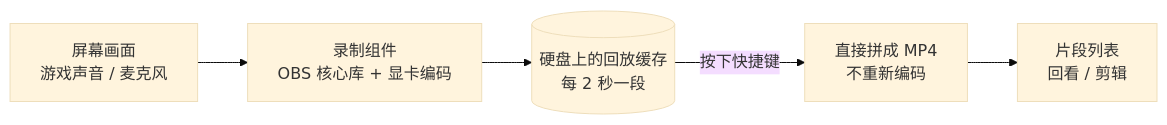
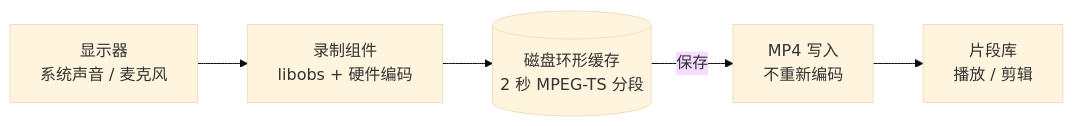
One commit to Lunafreya123/ReplayClipper changed the diagram in README.md. Above: the diagram before and after it, drawn with Mermaid (base theme). The commit also changed other lines of this file and 1 other file, not shown here.

````diff
--- a/README.md
+++ b/README.md
@@ -103,7 +106,7 @@
 ```mermaid
 flowchart LR
-    A["屏幕画面<br>游戏声音 / 麦克风"] --> B["录制组件<br>OBS 核心库 + 显卡编码"]
-    B --> C[("硬盘上的回放缓存<br>每 2 秒一段")]
-    C -- "按下快捷键" --> D["直接拼成 MP4<br>不重新编码"]
-    D --> E["片段列表<br>回看 / 剪辑"]
+    A["显示器<br>系统声音 / 麦克风"] --> B["录制组件<br>libobs + 硬件编码"]
+    B --> C[("磁盘环形缓存<br>2 秒 MPEG-TS 分段")]
+    C -- "保存" --> D["MP4 写入<br>不重新编码"]
+    D --> E["片段库<br>播放 / 剪辑"]
 ```
````
